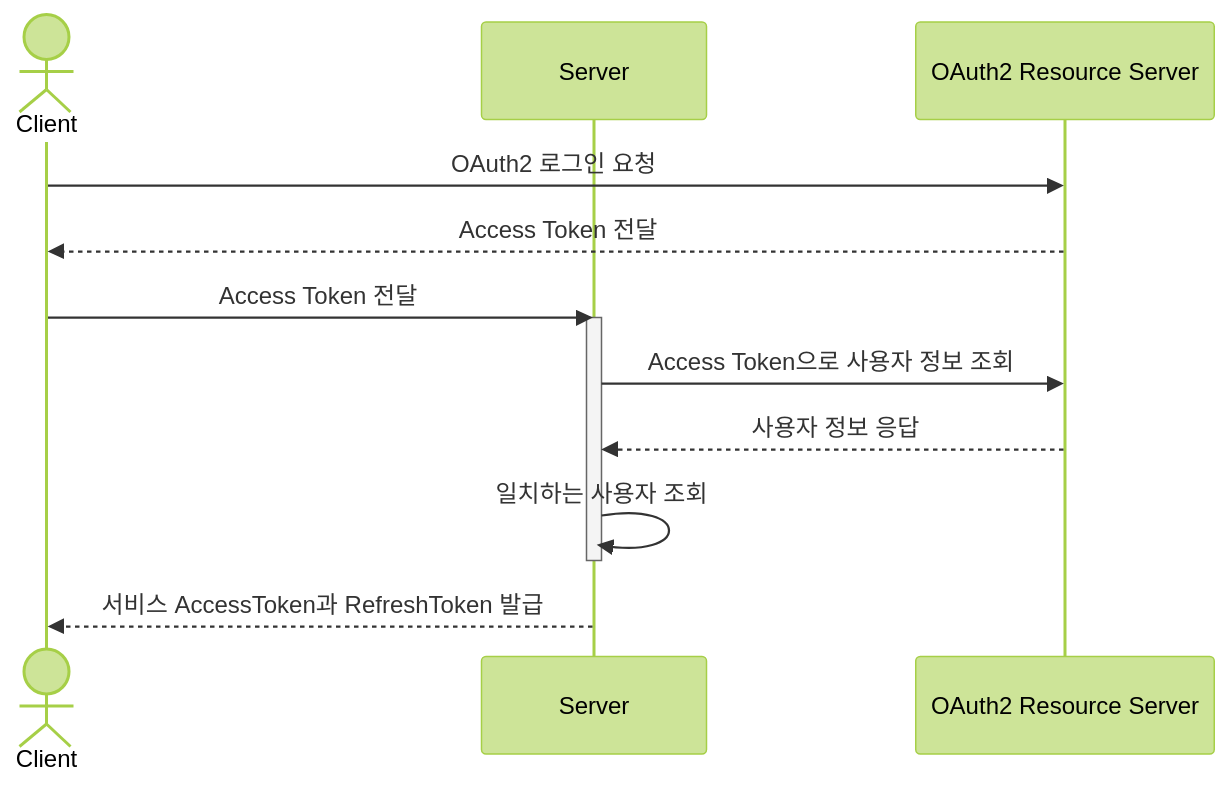
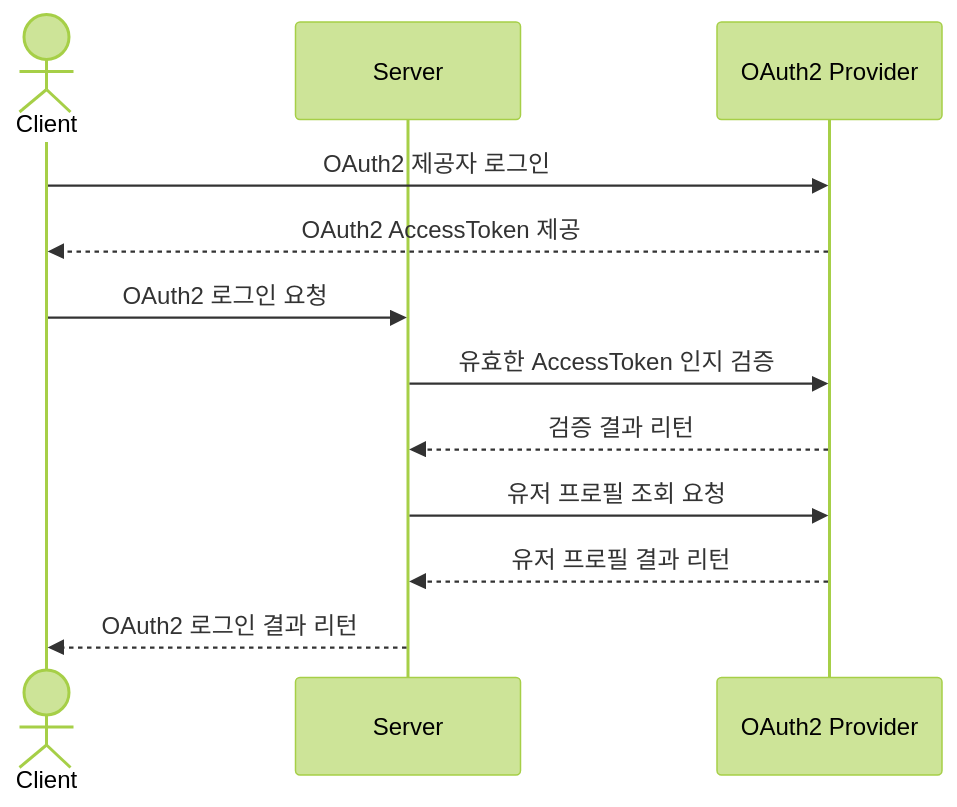
One commit to mon0mon/ParentCaringService changed the diagram in docs/oauth2.md. Above: the diagram before and after it, drawn with Mermaid (forest theme). The commit also changed 8 other files, not shown here.

````diff
--- a/docs/oauth2.md
+++ b/docs/oauth2.md
@@ -13,15 +13,14 @@
 ```mermaid
 sequenceDiagram
     actor c as Client
     participant s as Server
-    participant o as OAuth2 Resource Server
-    c ->> o: OAuth2 로그인 요청
-    o -->> c: Access Token 전달
-    c ->> s: Access Token 전달
-    activate s
-    s ->> o: Access Token으로 사용자 정보 조회
-    o -->> s: 사용자 정보 응답
-    s ->> s: 일치하는 사용자 조회
-    deactivate s
-    s -->> c: 서비스 AccessToken과 RefreshToken 발급
+    participant o as OAuth2 Provider
+    c ->> o: OAuth2 제공자 로그인
+    o -->> c: OAuth2 AccessToken 제공
+    c ->> s: OAuth2 로그인 요청
+    s ->> o: 유효한 AccessToken 인지 검증
+    o -->> s: 검증 결과 리턴
+    s ->> o: 유저 프로필 조회 요청
+    o -->> s: 유저 프로필 결과 리턴
+    s -->> c: OAuth2 로그인 결과 리턴
 ```
````
